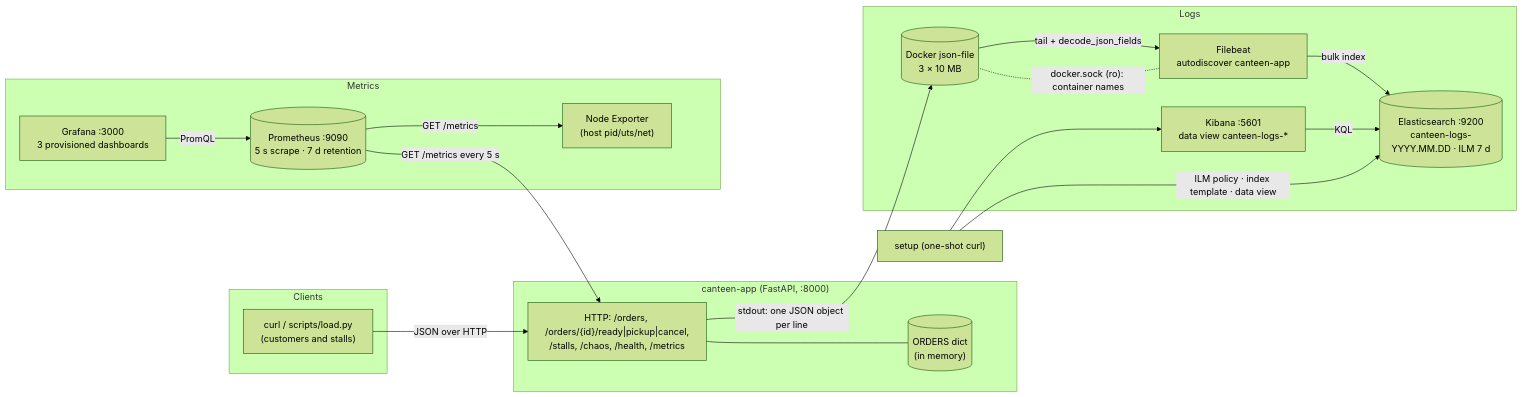
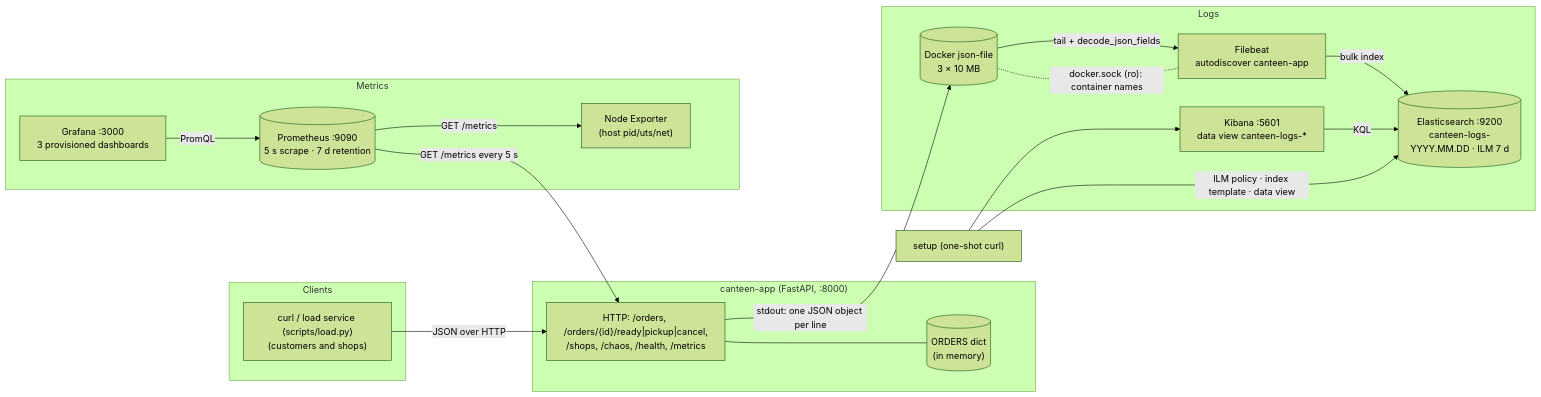
Before and after one commit to hassan09070/ESD: the diagram in canteen/REPORT.md, drawn with Mermaid (forest theme). The commit also changed other lines of this file and 179 other files, not shown here.

````diff
--- a/canteen/REPORT.md
+++ b/canteen/REPORT.md
@@ -168,33 +154,33 @@
 ```mermaid
 flowchart LR
     subgraph client["Clients"]
-        CURL["curl / scripts/load.py\n(customers and stalls)"]
+        CURL["curl / load service (scripts/load.py)\n(customers and shops)"]
     end
     subgraph app["canteen-app (FastAPI, :8000)"]
-        API["HTTP: /orders, /orders/{id}/ready|pickup|cancel,\n/stalls, /chaos, /health, /metrics"]
+        API["HTTP: /orders, /orders/{id}/ready|pickup|cancel,\n/shops, /chaos, /health, /metrics"]
         MEM[("ORDERS dict\n(in memory)")]
     end
     subgraph metrics["Metrics"]
         PROM[("Prometheus :9090\n5 s scrape · 7 d retention")]
         GRAF["Grafana :3000\n3 provisioned dashboards"]
         NODE["Node Exporter\n(host pid/uts/net)"]
     end
     subgraph logs["Logs"]
         JSONF[("Docker json-file\n3 × 10 MB")]
         FB["Filebeat\nautodiscover canteen-app"]
         ES[("Elasticsearch :9200\ncanteen-logs-YYYY.MM.DD · ILM 7 d")]
         KB["Kibana :5601\ndata view canteen-logs-*"]
     end
     CURL -- "JSON over HTTP" --> API
     API --- MEM
     PROM -- "GET /metrics every 5 s" --> API
     PROM -- "GET /metrics" --> NODE
     GRAF -- PromQL --> PROM
     API -- "stdout: one JSON object per line" --> JSONF
     JSONF -- "tail + decode_json_fields" --> FB
     FB -. "docker.sock (ro): container names" .- JSONF
     FB -- "bulk index" --> ES
     KB -- KQL --> ES
     SETUP["setup (one-shot curl)"] -- "ILM policy · index template · data view" --> ES
     SETUP --> KB
 ```
````
